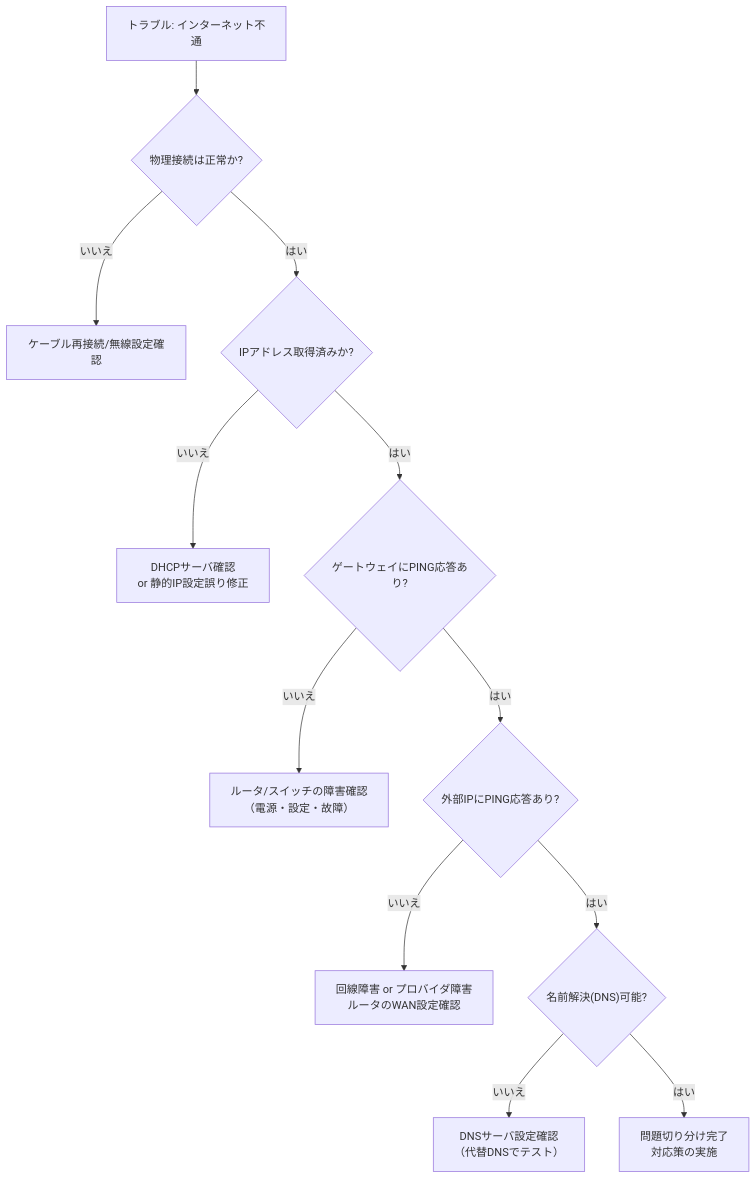
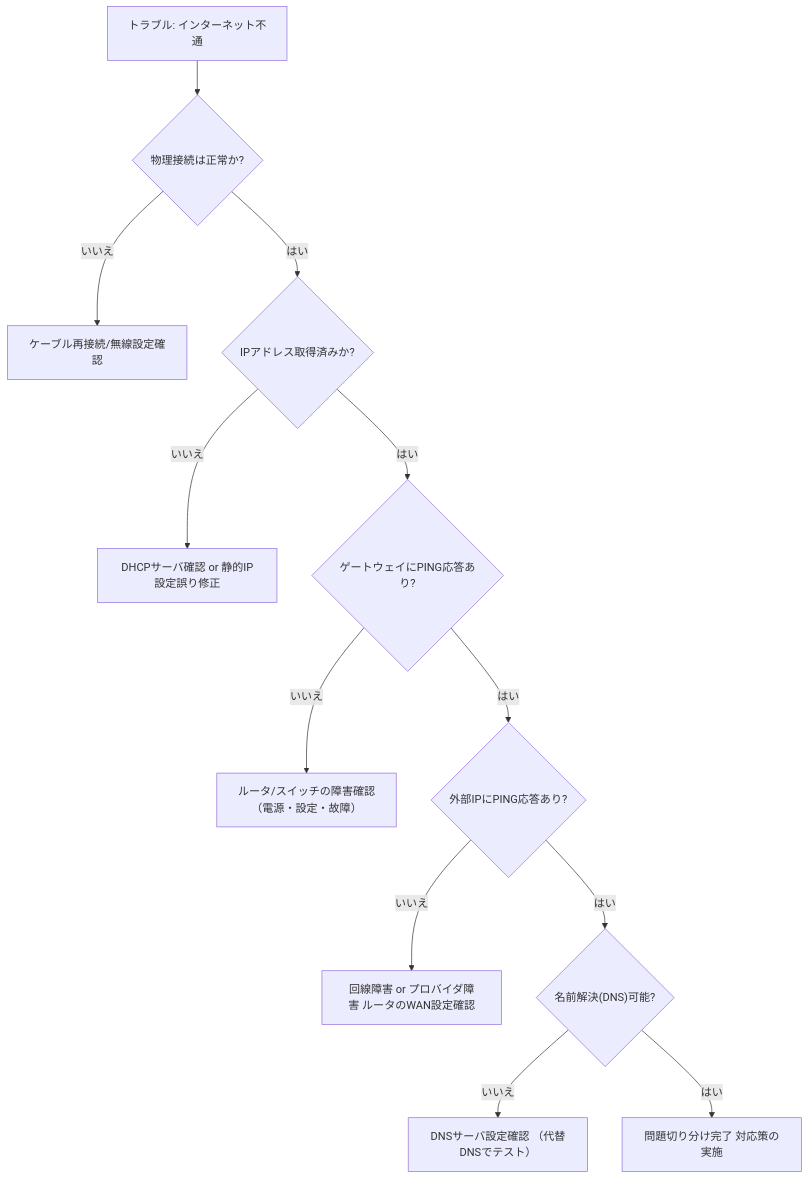
Diagram 14 of 15 in 新人エンジニアが学ぶ無線とIPネットワーク/readme.md (uecken/docs), drawn with Mermaid before and after one commit. The commit also changed other lines of this file, not shown here.

Commit message:
fixed mermaid

````diff
--- a/新人エンジニアが学ぶ無線とIPネットワーク/readme.md
+++ b/新人エンジニアが学ぶ無線とIPネットワーク/readme.md
@@ -207,14 +207,14 @@
 ```mermaid
 graph TD
     A["トラブル: インターネット不通"] --> B{"物理接続は正常か?"}
     B -- "いいえ" --> B_fix["ケーブル再接続/無線設定確認"]
     B -- "はい" --> C{"IPアドレス取得済みか?"}
-    C -- "いいえ" --> C_fix["DHCPサーバ確認\nor 静的IP設定誤り修正"]
+    C -- "いいえ" --> C_fix["DHCPサーバ確認 or 静的IP設定誤り修正"]
     C -- "はい" --> D{"ゲートウェイにPING応答あり?"}
-    D -- "いいえ" --> D_fix["ルータ/スイッチの障害確認\n（電源・設定・故障）"]
+    D -- "いいえ" --> D_fix["ルータ/スイッチの障害確認（電源・設定・故障）"]
     D -- "はい" --> E{"外部IPにPING応答あり?"}
-    E -- "いいえ" --> E_fix["回線障害 or プロバイダ障害\nルータのWAN設定確認"]
+    E -- "いいえ" --> E_fix["回線障害 or プロバイダ障害 ルータのWAN設定確認"]
     E -- "はい" --> F{"名前解決(DNS)可能?"}
-    F -- "いいえ" --> F_fix["DNSサーバ設定確認\n（代替DNSでテスト）"]
-    F -- "はい" --> G["問題切り分け完了\n対応策の実施"]
+    F -- "いいえ" --> F_fix["DNSサーバ設定確認 （代替DNSでテスト）"]
+    F -- "はい" --> G["問題切り分け完了 対応策の実施"]
 ```
````
